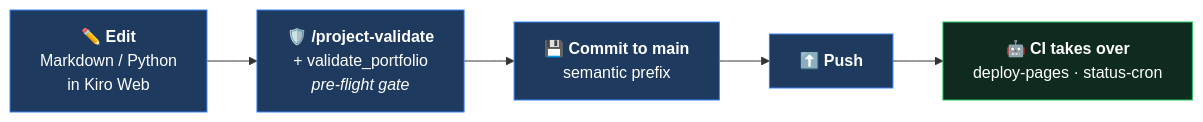
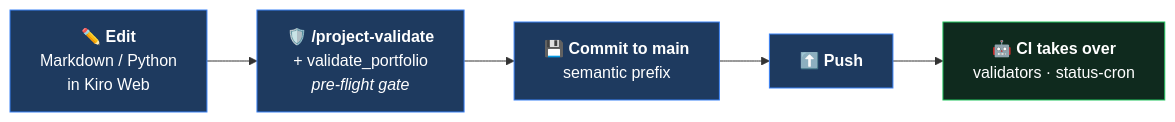
One commit to agni-eialarasu/cetana-labs changed the first of 2 diagrams in docs/guides/developer-guide.md. Above: the diagram before and after it, drawn with Mermaid. The commit also changed other lines of this file and 6 other files, not shown here.

First line of the commit message:
feat(deploy): retire GitHub-Pages classic dashboard — deployed app is authoritative (M5 T6)

````diff
--- a/docs/guides/developer-guide.md
+++ b/docs/guides/developer-guide.md
@@ -56,15 +56,15 @@
 ```mermaid
 flowchart LR
     E["✏️ <b>Edit</b><br/>Markdown / Python<br/>in Kiro Web"]
     V["🛡️ <b>/project-validate</b><br/>+ validate_portfolio<br/><i>pre-flight gate</i>"]
     C["💾 <b>Commit to main</b><br/>semantic prefix"]
     P["⬆️ <b>Push</b>"]
-    CI["🤖 <b>CI takes over</b><br/>deploy-pages · status-cron"]
+    CI["🤖 <b>CI takes over</b><br/>validators · status-cron"]
 
     E --> V --> C --> P --> CI
 
     classDef dev fill:#1e3a5f,stroke:#3b82f6,color:#fff;
     classDef auto fill:#0f2a1e,stroke:#22c55e,color:#fff;
     class E,V,C,P dev;
     class CI auto;
 ```
````
